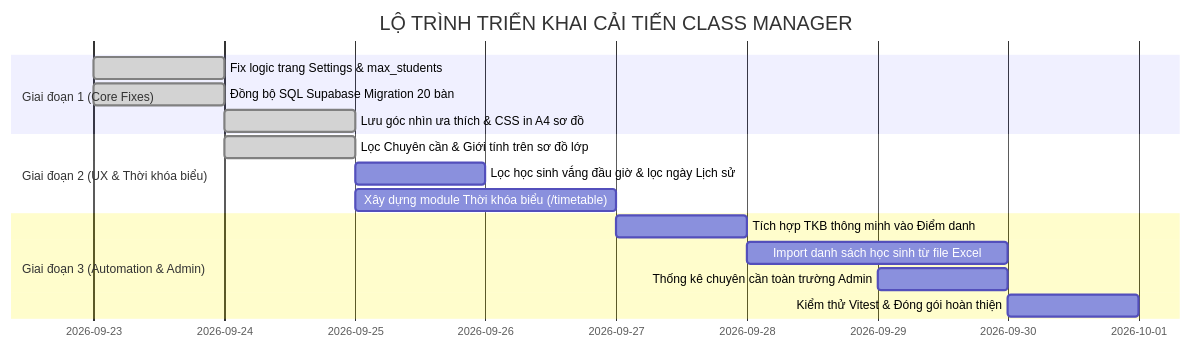
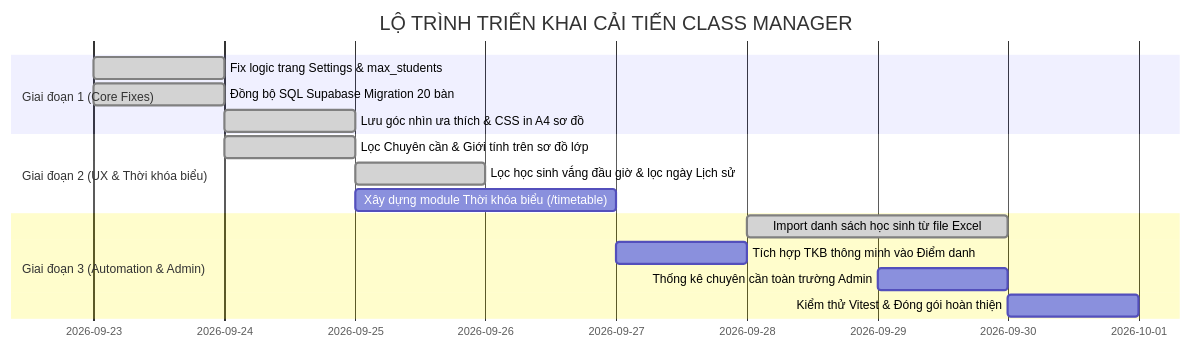
One commit to tranhohoangvu/class-manager changed the diagram in classmanager_plan.md. Above: the diagram before and after it, drawn with Mermaid. The commit also changed other lines of this file and 1 other file, not shown here.

Commit message:
docs: update README and improvement plan roadmap with completed features
- Reflect 20 desks / 40 seats standardized classroom layout in README

- Document bulk Excel import, attendance quick filters, and parent contact actions

- Update sprint roadmap Gantt chart and commit references in classmanager_plan.md

- Note 27/27 Vitest passing test suite status

````diff
--- a/classmanager_plan.md
+++ b/classmanager_plan.md
@@ -193,18 +193,18 @@
 ```mermaid
 gantt
     title LỘ TRÌNH TRIỂN KHAI CẢI TIẾN CLASS MANAGER
     dateFormat  YYYY-MM-DD
     section Giai đoạn 1 (Core Fixes)
     Fix logic trang Settings & max_students       :done, a1, 2026-09-23, 1d
     Đồng bộ SQL Supabase Migration 20 bàn         :done, a2, 2026-09-23, 1d
     Lưu góc nhìn ưa thích & CSS in A4 sơ đồ      :done, a3, 2026-09-24, 1d
     section Giai đoạn 2 (UX & Thời khóa biểu)
     Lọc Chuyên cần & Giới tính trên sơ đồ lớp     :done, b1, 2026-09-24, 1d
-    Lọc học sinh vắng đầu giờ & lọc ngày Lịch sử  :b2, 2026-09-25, 1d
+    Lọc học sinh vắng đầu giờ & lọc ngày Lịch sử  :done, b2, 2026-09-25, 1d
     Xây dựng module Thời khóa biểu (/timetable)   :b3, 2026-09-25, 2d
     section Giai đoạn 3 (Automation & Admin)
+    Import danh sách học sinh từ file Excel       :done, c2, 2026-09-28, 2d
     Tích hợp TKB thông minh vào Điểm danh         :c1, 2026-09-27, 1d
-    Import danh sách học sinh từ file Excel       :c2, 2026-09-28, 2d
     Thống kê chuyên cần toàn trường Admin         :c3, 2026-09-29, 1d
     Kiểm thử Vitest & Đóng gói hoàn thiện         :c4, 2026-09-30, 1d
 ```
````
